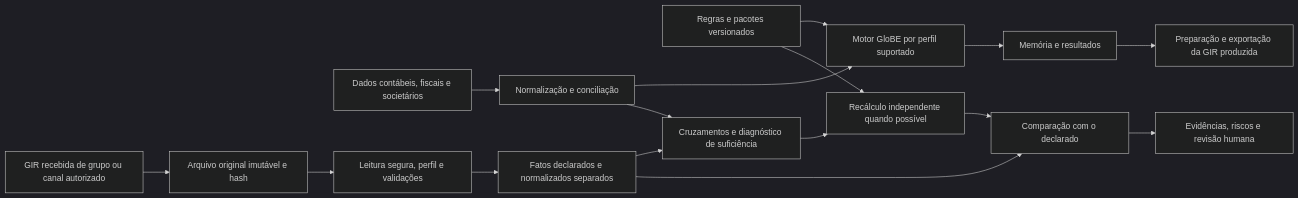
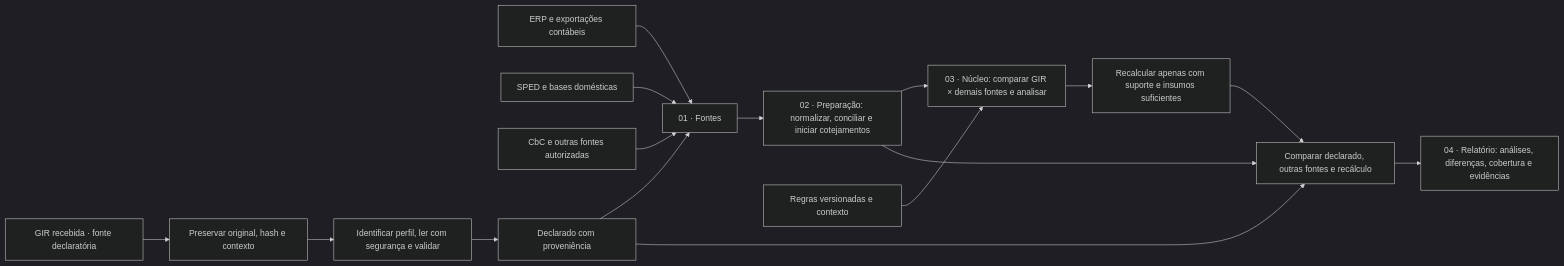
The diagram in docs/P12-gir-entrada-conferencia.md (amarallr/oecd_p2), drawn with Mermaid (dark theme) before and after one commit. The commit also changed other lines of this file and 33 other files, not shown here.

````diff
--- a/docs/P12-gir-entrada-conferencia.md
+++ b/docs/P12-gir-entrada-conferencia.md
@@ -17,18 +17,18 @@
 ```mermaid
 flowchart LR
-  A[Dados contábeis, fiscais e societários] --> B[Normalização e conciliação]
-  B --> C[Motor GloBE por perfil suportado]
-  R[Regras e pacotes versionados] --> C
-  C --> M[Memória e resultados]
-  M --> E[Preparação e exportação da GIR produzida]
-  G[GIR recebida de grupo ou canal autorizado] --> O[Arquivo original imutável e hash]
-  O --> V[Leitura segura, perfil e validações]
-  V --> D[Fatos declarados e normalizados separados]
-  D --> X[Cruzamentos e diagnóstico de suficiência]
-  B --> X
-  X --> I[Recálculo independente quando possível]
-  R --> I
-  I --> Q[Comparação com o declarado]
-  D --> Q
-  Q --> H[Evidências, riscos e revisão humana]
+  ERP[ERP e exportações contábeis] --> P[01 · Fontes]
+  SPED[SPED e bases domésticas] --> P
+  CBC[CbC e outras fontes autorizadas] --> P
+  G[GIR recebida · fonte declaratória] --> O[Preservar original, hash e contexto]
+  O --> V[Identificar perfil, ler com segurança e validar]
+  V --> D[Declarado com proveniência]
+  D --> P
+  P --> N[02 · Preparação: normalizar, conciliar e iniciar cotejamentos]
+  N --> X[03 · Núcleo: comparar GIR × demais fontes e analisar]
+  R[Regras versionadas e contexto] --> X
+  X --> I[Recalcular apenas com suporte e insumos suficientes]
+  I --> C[Comparar declarado, outras fontes e recálculo]
+  D --> C
+  N --> C
+  C --> H[04 · Relatório: análises, diferenças, cobertura e evidências]
 ```
````
